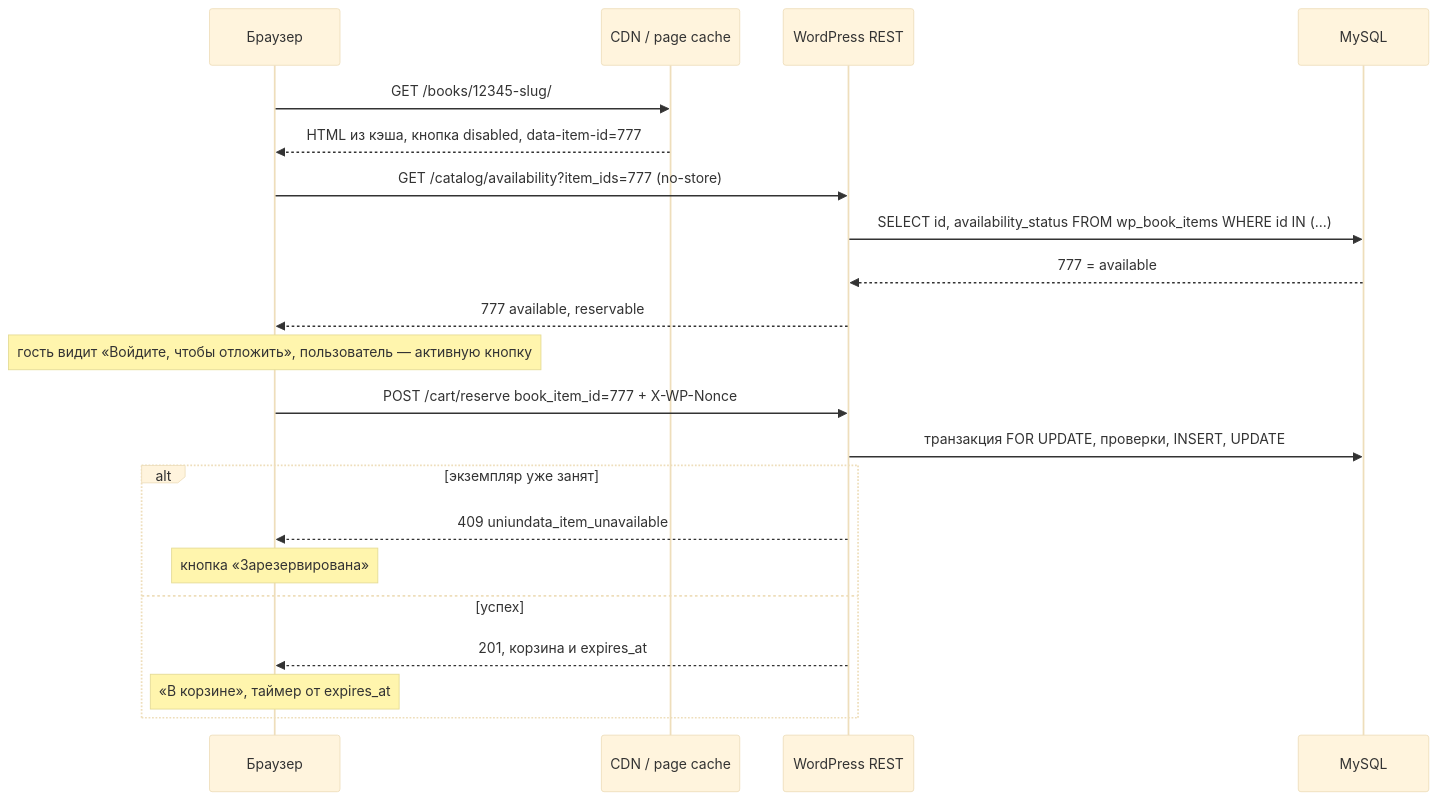
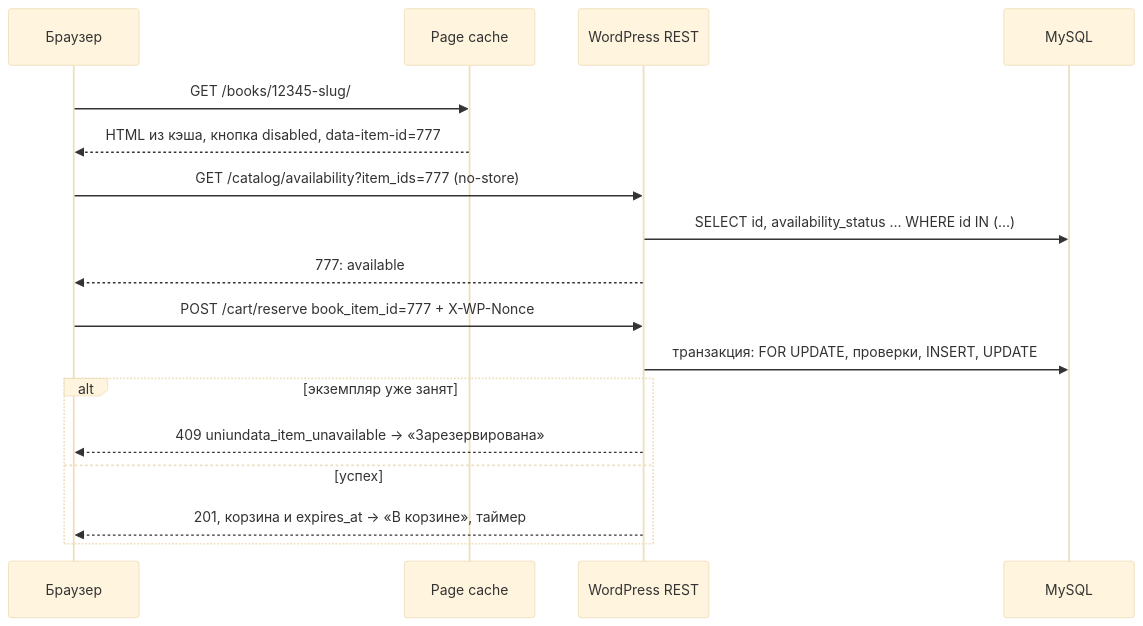
One commit to bomkot07/plan changed the second of 2 diagrams in docs/01-architecture.md. Above: the diagram before and after it, drawn with Mermaid (base theme). The commit also changed other lines of this file and 40 other files, not shown here.

First line of the commit message:
WIP: align PHP code, queries and REST docs with schema v2

````diff
--- a/docs/01-architecture.md
+++ b/docs/01-architecture.md
@@ -414,23 +475,19 @@
 ```mermaid
 sequenceDiagram
   participant B as Браузер
-  participant C as CDN / page cache
+  participant C as Page cache
   participant W as WordPress REST
   participant DB as MySQL
   B->>C: GET /books/12345-slug/
   C-->>B: HTML из кэша, кнопка disabled, data-item-id=777
   B->>W: GET /catalog/availability?item_ids=777 (no-store)
-  W->>DB: SELECT id, availability_status FROM wp_book_items WHERE id IN (...)
-  DB-->>W: 777 = available
-  W-->>B: 777 available, reservable
-  Note over B: гость видит «Войдите, чтобы отложить», пользователь — активную кнопку
+  W->>DB: SELECT id, availability_status … WHERE id IN (…)
+  W-->>B: 777: available
   B->>W: POST /cart/reserve book_item_id=777 + X-WP-Nonce
-  W->>DB: транзакция FOR UPDATE, проверки, INSERT, UPDATE
+  W->>DB: транзакция: FOR UPDATE, проверки, INSERT, UPDATE
   alt экземпляр уже занят
-    W-->>B: 409 uniundata_item_unavailable
-    Note over B: кнопка «Зарезервирована»
+    W-->>B: 409 uniundata_item_unavailable → «Зарезервирована»
   else успех
-    W-->>B: 201, корзина и expires_at
-    Note over B: «В корзине», таймер от expires_at
+    W-->>B: 201, корзина и expires_at → «В корзине», таймер
   end
 ```
````
